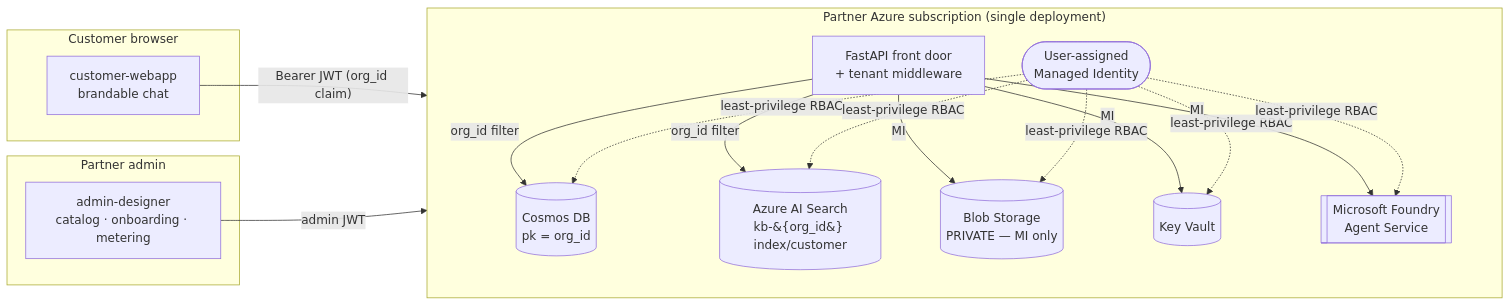
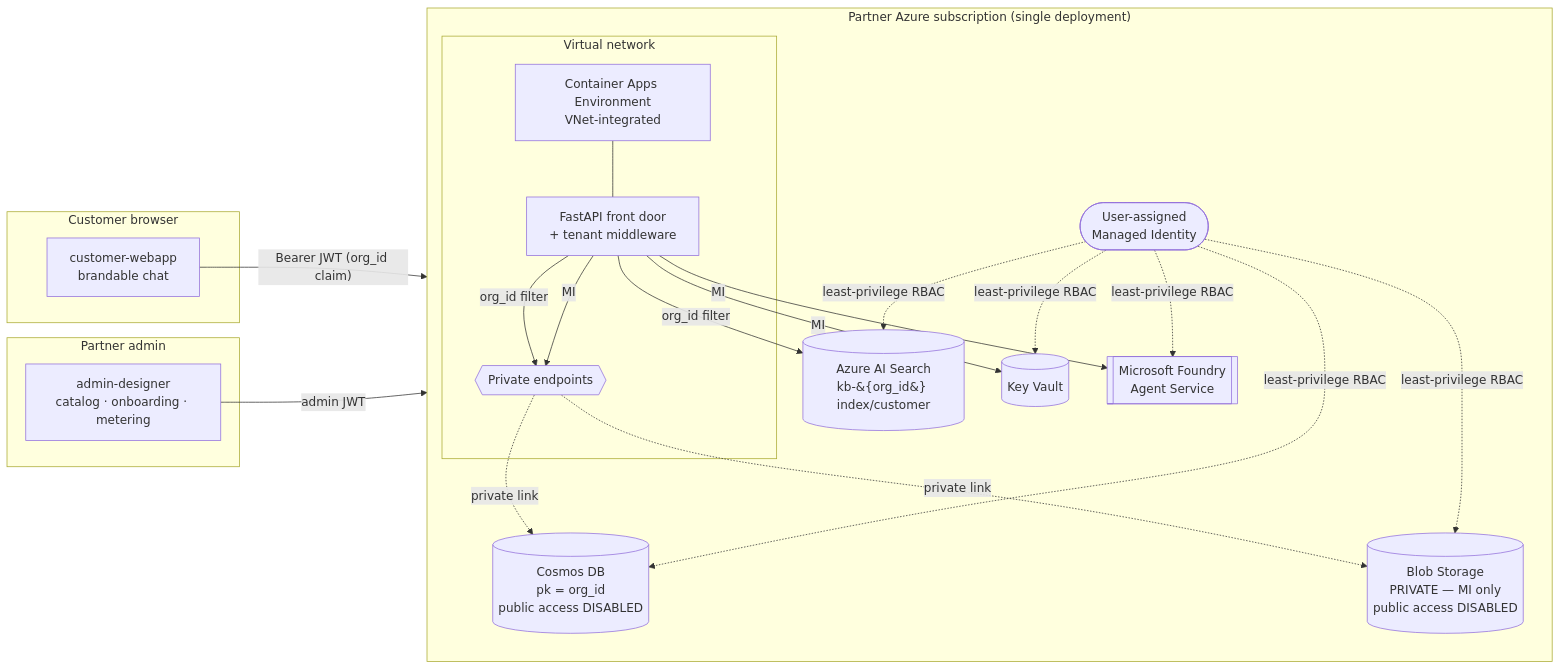
The diagram in README.md (pietrobr/agent-loom), drawn with Mermaid before and after one commit. The commit also changed other lines of this file and 8 other files, not shown here.

````diff
--- a/README.md
+++ b/README.md
@@ -24,29 +24,34 @@
 ```mermaid
 flowchart LR
     subgraph Customer["Customer browser"]
       CW[customer-webapp<br/>brandable chat]
     end
     subgraph Partner["Partner admin"]
       AD[admin-designer<br/>catalog · onboarding · metering]
     end
 
     subgraph Azure["Partner Azure subscription (single deployment)"]
       direction TB
-      FE[FastAPI front door<br/>+ tenant middleware]
-      COS[(Cosmos DB<br/>pk = org_id)]
+      subgraph VNet["Virtual network"]
+        ENV[Container Apps Environment<br/>VNet-integrated]
+        FE[FastAPI front door<br/>+ tenant middleware]
+        PE{{Private endpoints}}
+        ENV --- FE
+      end
+      COS[(Cosmos DB<br/>pk = org_id<br/>public access DISABLED)]
       SR[(Azure AI Search<br/>kb-&#123;org_id&#125; index/customer)]
-      BL[(Blob Storage<br/>PRIVATE — MI only)]
+      BL[(Blob Storage<br/>PRIVATE — MI only<br/>public access DISABLED)]
       KV[(Key Vault)]
       MI([User-assigned<br/>Managed Identity])
       FA[[Microsoft Foundry<br/>Agent Service]]
     end
 
     CW -- "Bearer JWT (org_id claim)" --> FE
     AD -- "admin JWT" --> FE
-    FE -- org_id filter --> COS
+    FE -- org_id filter --> PE -. private link .-> COS
+    FE -- MI --> PE -. private link .-> BL
     FE -- org_id filter --> SR
-    FE -- MI --> BL
     FE -- MI --> KV
     FE -- MI --> FA
     MI -. least-privilege RBAC .-> COS & SR & BL & KV & FA
 ```
````
